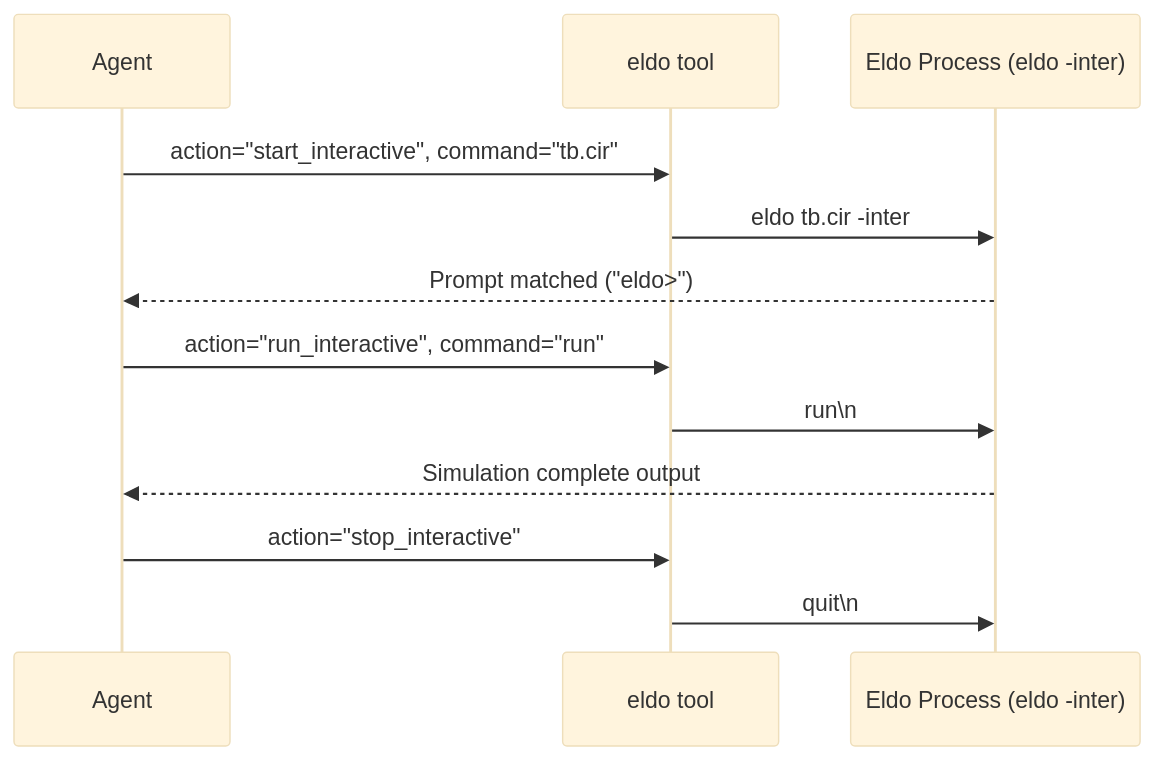
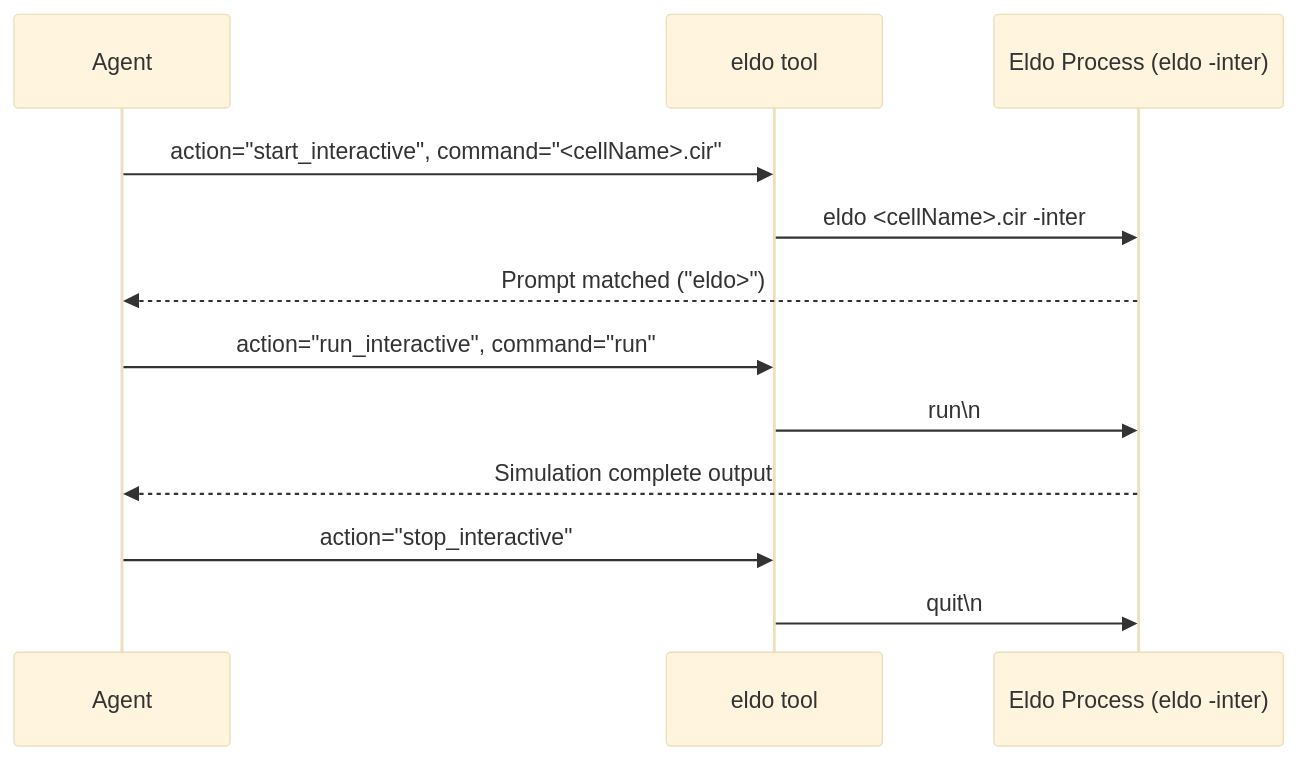
The diagram in context/designer/eldo_simulation_guide.md (vs34/EDA_MCP), drawn with Mermaid (base theme) before and after one commit. The commit also changed other lines of this file and 4 other files, not shown here.

````diff
--- a/context/designer/eldo_simulation_guide.md
+++ b/context/designer/eldo_simulation_guide.md
@@ -30,15 +71,15 @@
 ```mermaid
 sequenceDiagram
     participant Agent
     participant MCP as eldo tool
     participant EldoREPL as Eldo Process (eldo -inter)
 
-    Agent->>MCP: action="start_interactive", command="tb.cir"
-    MCP->>EldoREPL: eldo tb.cir -inter
+    Agent->>MCP: action="start_interactive", command="<cellName>.cir"
+    MCP->>EldoREPL: eldo <cellName>.cir -inter
     EldoREPL-->>Agent: Prompt matched ("eldo>")
     Agent->>MCP: action="run_interactive", command="run"
     MCP->>EldoREPL: run\n
     EldoREPL-->>Agent: Simulation complete output
     Agent->>MCP: action="stop_interactive"
     MCP->>EldoREPL: quit\n
 ```
````
